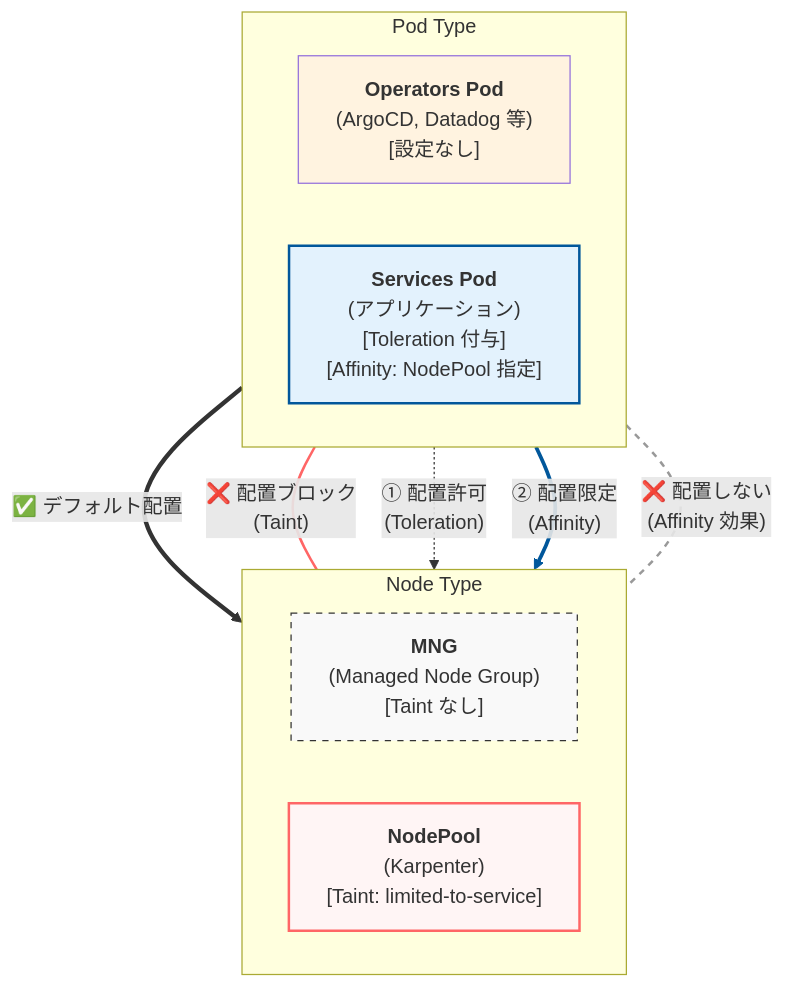
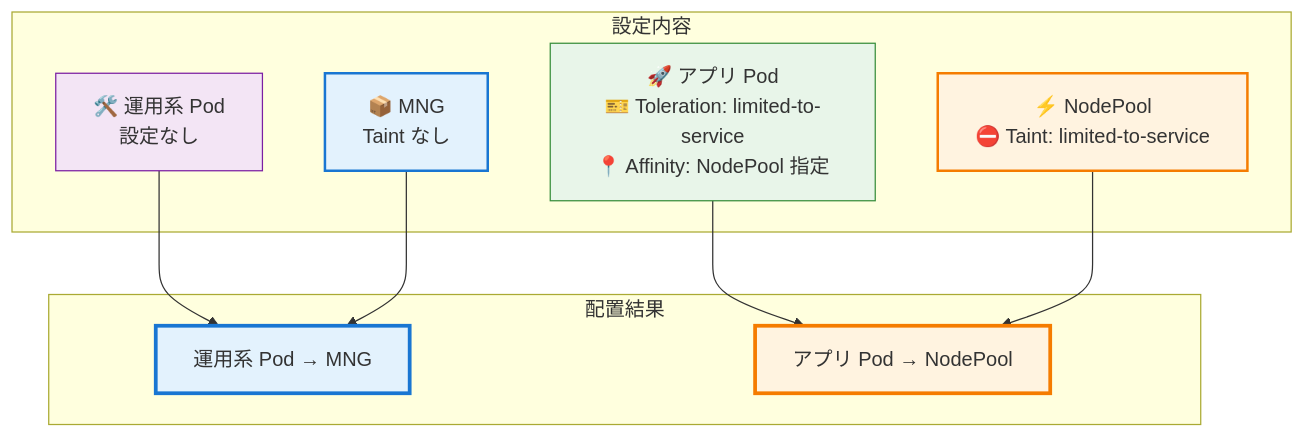
Diagram 14 of 19 in articles/2026-0113-kubernetes-node-pod-management.md (glaciermelt00/zenn-content), drawn with Mermaid before and after one commit. The commit also changed other lines of this file, not shown here.

````diff
--- a/articles/2026-0113-kubernetes-node-pod-management.md
+++ b/articles/2026-0113-kubernetes-node-pod-management.md
@@ -94,29 +553,26 @@
 ```mermaid
 graph TD
-    subgraph Pods ["Pod Type"]
-        direction LR
-        OpPod["<b>Operators Pod</b><br/>(ArgoCD, Datadog 等)<br/>[設定なし]"]
-        SvcPod["<b>Services Pod</b><br/>(アプリケーション)<br/>[Toleration 付与]<br/>[Affinity: NodePool 指定]"]
+    subgraph "設定内容"
+        S1["📦 MNG<br/>Taint なし"]
+        S2["⚡ NodePool<br/>⛔ Taint: limited-to-service"]
+        P1["🛠️ 運用系 Pod<br/>設定なし"]
+        P2["🚀 アプリ Pod<br/>🎫 Toleration: limited-to-service<br/>📍 Affinity: NodePool 指定"]
     end
 
-    subgraph Nodes ["Node Type"]
-        direction LR
-        MNG["<b>MNG</b><br/>(Managed Node Group)<br/>[Taint なし]"]
-        NP["<b>NodePool</b><br/>(Karpenter)<br/>[Taint: limited-to-service]"]
+    subgraph "配置結果"
+        R1["運用系 Pod → MNG"]
+        R2["アプリ Pod → NodePool"]
     end
 
-    OpPod ==>|"✅ デフォルト配置"| MNG
-    OpPod ---|"❌ 配置ブロック<br/>(Taint)"| NP
+    P1 --> R1
+    P2 --> R2
+    S1 --> R1
+    S2 --> R2
 
-    SvcPod -.->|"① 配置許可<br/>(Toleration)"| NP
-    SvcPod ==>|"② 配置限定<br/>(Affinity)"| NP
-    SvcPod ---|"❌ 配置しない<br/>(Affinity 効果)"| MNG
-
-    style NP stroke:#f66,stroke-width:2px,fill:#fff5f5
-    style MNG stroke:#333,stroke-dasharray: 5 5,fill:#f9f9f9
-    style SvcPod stroke:#01579b,stroke-width:2px,fill:#e3f2fd
-    style OpPod fill:#fff3e0
-    linkStyle 1 stroke:#f66,stroke-width:2px
-    linkStyle 3 stroke:#01579b,stroke-width:3px
-    linkStyle 4 stroke:#999,stroke-width:2px,stroke-dasharray: 5 5
+    style S1 fill:#e3f2fd,stroke:#1976d2,stroke-width:2px
+    style S2 fill:#fff3e0,stroke:#f57c00,stroke-width:2px
+    style P1 fill:#f3e5f5,stroke:#7b1fa2
+    style P2 fill:#e8f5e9,stroke:#388e3c
+    style R1 fill:#e3f2fd,stroke:#1976d2,stroke-width:3px
+    style R2 fill:#fff3e0,stroke:#f57c00,stroke-width:3px
 ```
````
